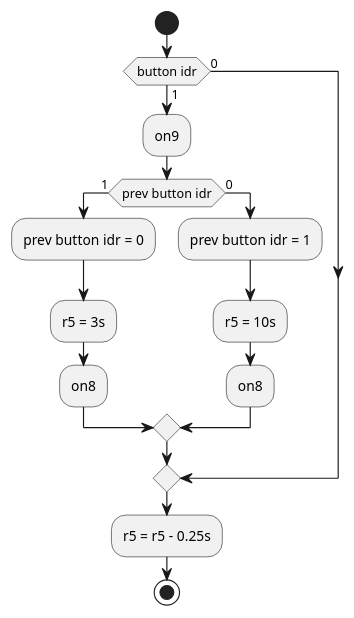
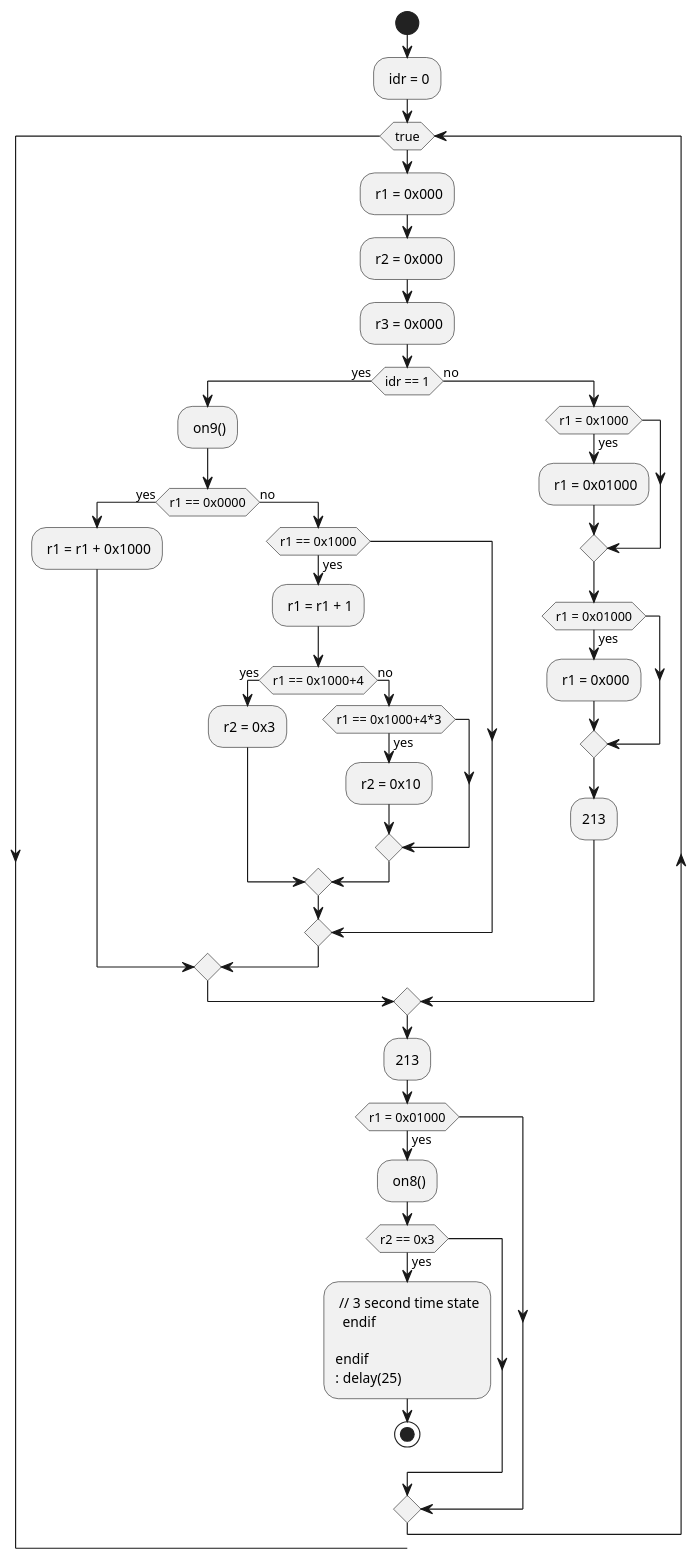
One commit to andneh/stm32vldiscovery_asm changed the diagram in docs/puml/activity_diagram.puml. Above: the diagram before and after it, drawn with PlantUML. The commit also changed 4 other files, not shown here.

```diff
--- a/docs/puml/activity_diagram.puml
+++ b/docs/puml/activity_diagram.puml
@@ -1,26 +1,45 @@
 @startuml
+start
+: idr = 0;
+while (true)
+  : r1 = 0x000;
+  : r2 = 0x000;
+  : r3 = 0x000;
+  if (idr == 1) then (yes)
+    : on9();
+    if (r1 == 0x0000) then (yes)
+      : r1 = r1 + 0x1000;
+    else (no)
+      if (r1 == 0x1000) then (yes)
+        : r1 = r1 + 1;
+        if (r1 == 0x1000+4) then (yes)
+          : r2 = 0x3;
+        else (no)
+          if (r1 == 0x1000+4*3) then (yes)
+            : r2 = 0x10;
+          endif
+        endif
+      endif
+    endif
+  else (no)
+    if (r1 = 0x1000) then (yes)
+      : r1 = 0x01000;
+    endif
+    if (r1 = 0x01000) then (yes)
+      : r1 = 0x000;
+    endif
+        :213;
+  endif
+    :213;
+  if (r1 = 0x01000) then (yes)
+    : on8();
+    if (r2 == 0x3) then (yes)
+      : // 3 second time state
+    endif
 
-start
-
-if (button idr) then (1)
-  :on9;
-  if (prev button idr) then (1)
-    :prev button idr = 0;
-    :r5 = 3s;
-    :on8;
-  else (0)
-    :prev button idr = 1;
-    :r5 = 10s;
-    :on8;
   endif
-else (0)
-
-endif
-
-' repeat while r5 != 0 and blinking led8 after 10 seconds
-  :r5 = r5 - 0.25s;
+  : delay(25);
 
 
 stop
-
 @enduml
```
